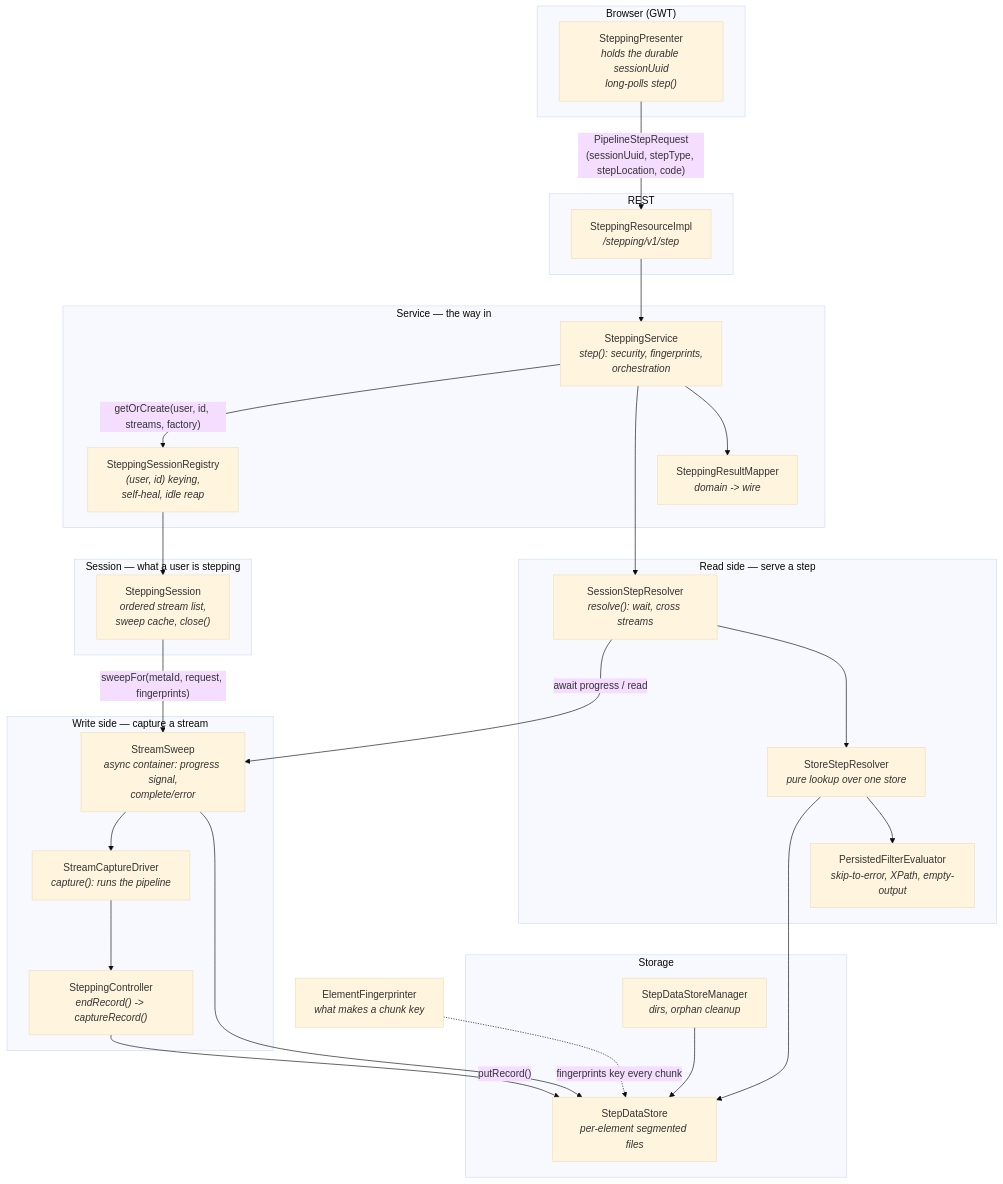
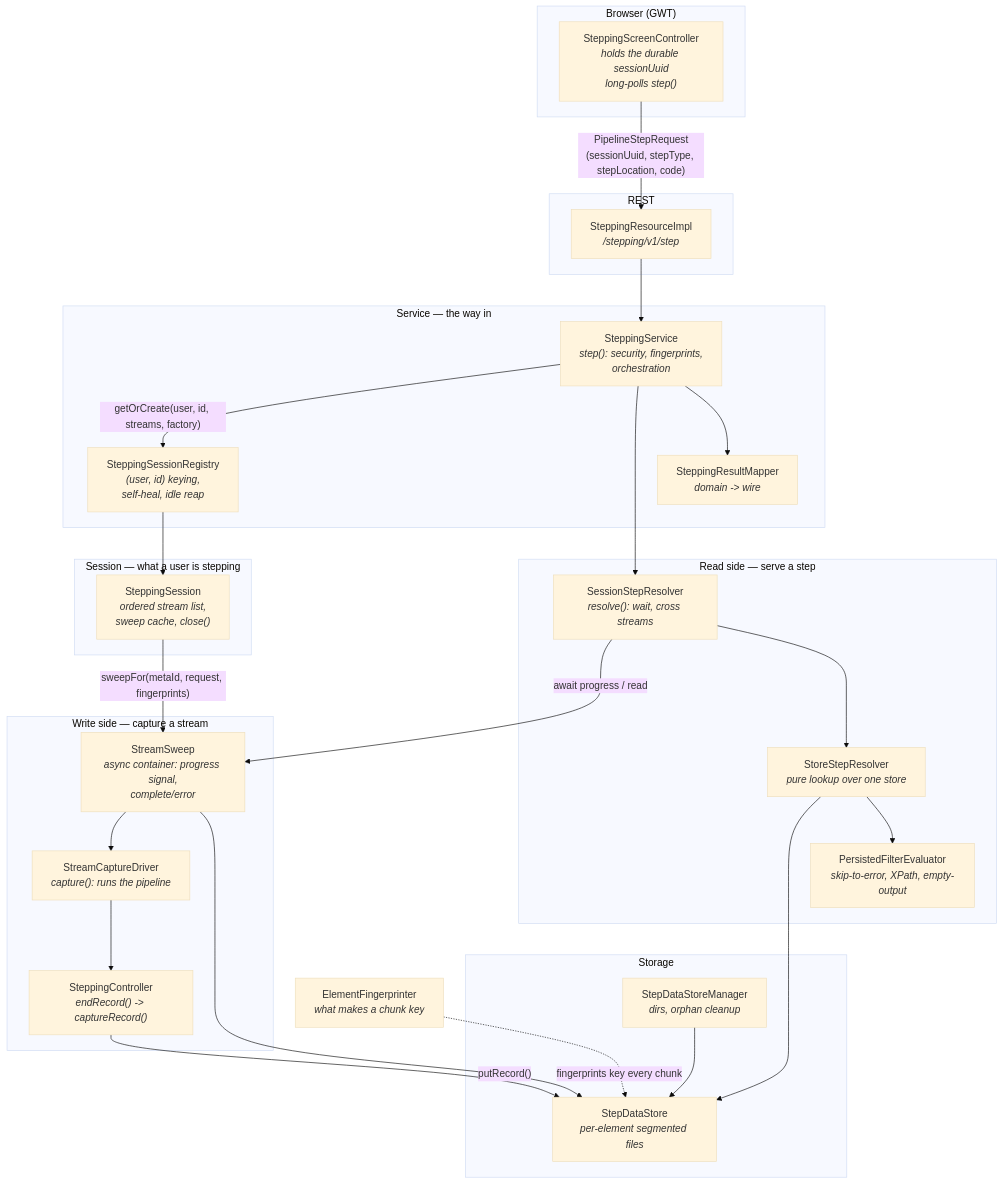
The first of 4 diagrams in stroom-pipeline/stepping-design.md (gchq/stroom), drawn with Mermaid (base theme) before and after one commit. The commit also changed other lines of this file and 73 other files, not shown here.

````diff
--- a/stroom-pipeline/stepping-design.md
+++ b/stroom-pipeline/stepping-design.md
@@ -139,50 +139,50 @@
 ```mermaid
 flowchart TB
     subgraph Browser["Browser (GWT)"]
-        SP["SteppingPresenter<br/><i>holds the durable sessionUuid<br/>long-polls step()</i>"]
+        SP["SteppingScreenController<br/><i>holds the durable sessionUuid<br/>long-polls step()</i>"]
     end
     subgraph Rest["REST"]
         SR["SteppingResourceImpl<br/><i>/stepping/v1/step</i>"]
     end
     subgraph Service["Service — the way in"]
         SS["SteppingService<br/><i>step(): security, fingerprints,<br/>orchestration</i>"]
         REG["SteppingSessionRegistry<br/><i>(user, id) keying,<br/>self-heal, idle reap</i>"]
         MAP["SteppingResultMapper<br/><i>domain -> wire</i>"]
     end
     subgraph Session["Session — what a user is stepping"]
         SESS["SteppingSession<br/><i>ordered stream list,<br/>sweep cache, close()</i>"]
     end
     subgraph Read["Read side — serve a step"]
         SSR["SessionStepResolver<br/><i>resolve(): wait, cross streams</i>"]
         SSR2["StoreStepResolver<br/><i>pure lookup over one store</i>"]
         PFE["PersistedFilterEvaluator<br/><i>skip-to-error, XPath, empty-output</i>"]
     end
     subgraph Write["Write side — capture a stream"]
         SW["StreamSweep<br/><i>async container: progress signal,<br/>complete/error</i>"]
         SCD["StreamCaptureDriver<br/><i>capture(): runs the pipeline</i>"]
         SC["SteppingController<br/><i>endRecord() -> captureRecord()</i>"]
     end
     subgraph Storage["Storage"]
         SDS["StepDataStore<br/><i>per-element segmented files</i>"]
         SDSM["StepDataStoreManager<br/><i>dirs, orphan cleanup</i>"]
     end
     EF["ElementFingerprinter<br/><i>what makes a chunk key</i>"]
 
     SP -->|"PipelineStepRequest<br/>(sessionUuid, stepType, stepLocation, code)"| SR
     SR --> SS
     SS -->|"getOrCreate(user, id, streams, factory)"| REG
     REG --> SESS
     SS --> SSR
     SS --> MAP
     SESS -->|"sweepFor(metaId, request, fingerprints)"| SW
     SSR -->|"await progress / read"| SW
     SSR --> SSR2
     SSR2 --> SDS
     SSR2 --> PFE
     SW --> SCD
     SCD --> SC
     SC -->|"putRecord()"| SDS
     SW --> SDS
     SDSM --> SDS
     EF -.->|"fingerprints key every chunk"| SDS
 ```
````
